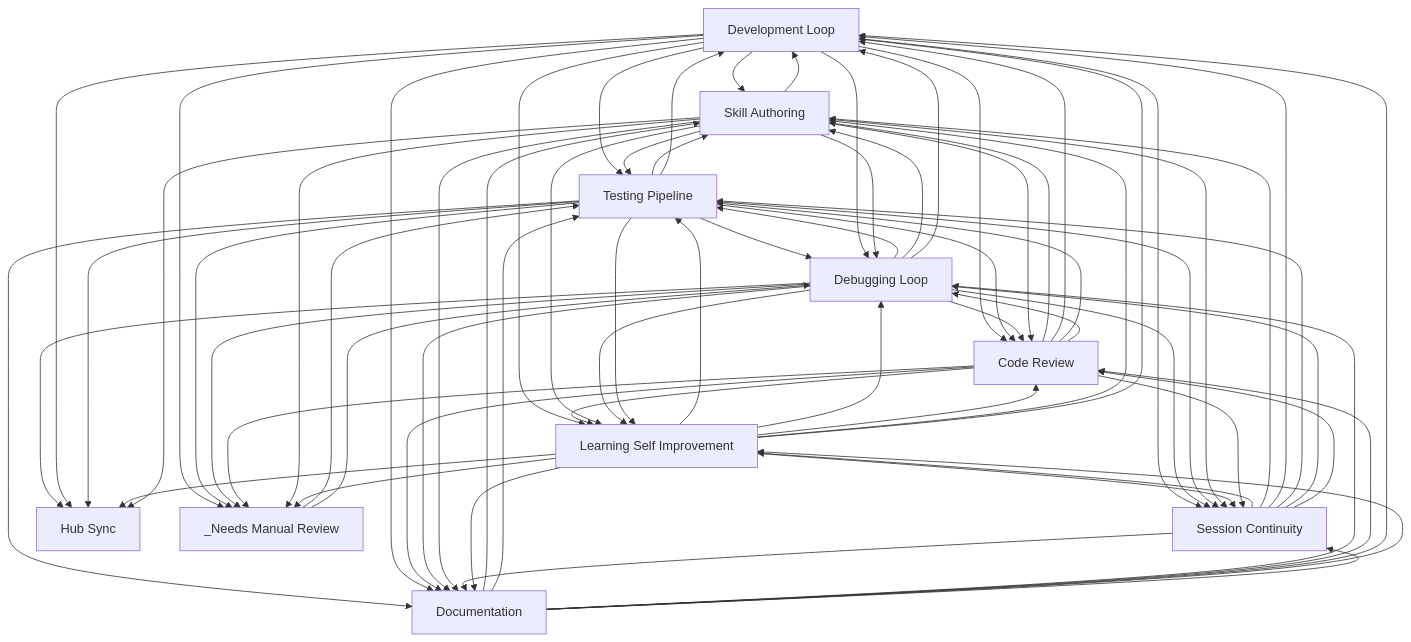
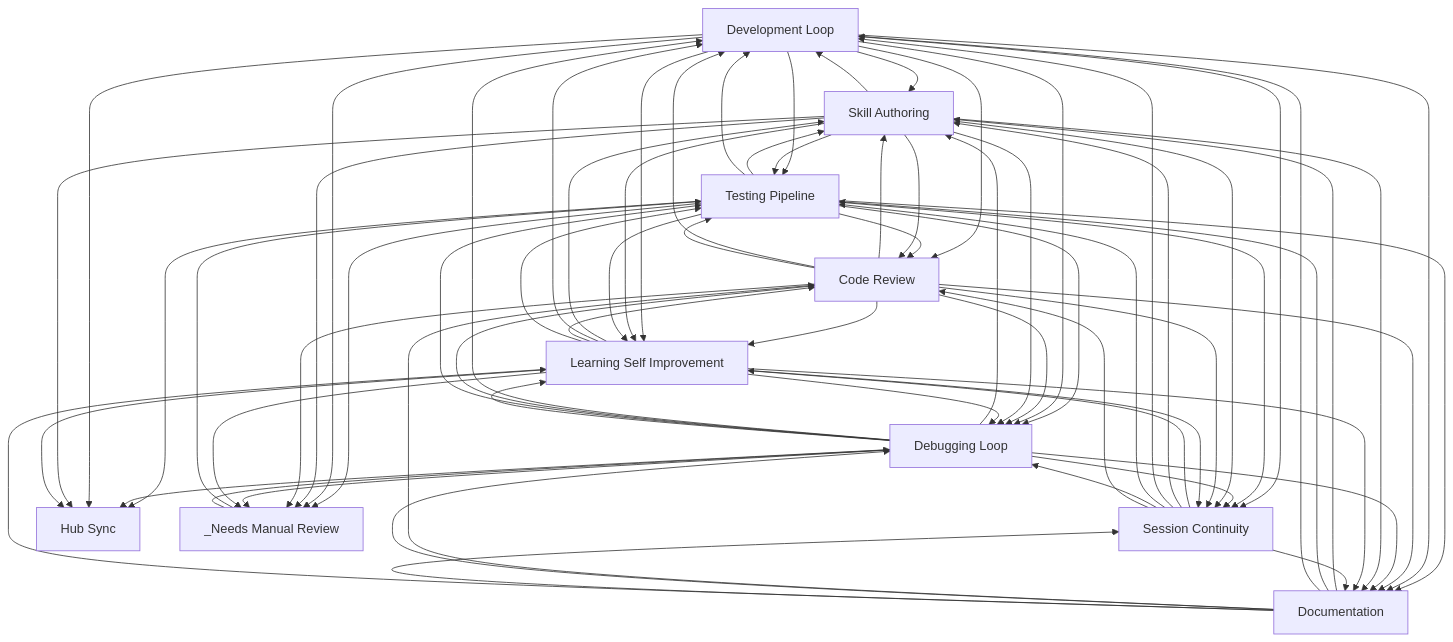
One commit to abhayla/claude-best-practices changed the diagram in docs/workflows/INDEX.md. Above: the diagram before and after it, drawn with Mermaid. The commit also changed other lines of this file and 12 other files, not shown here.

````diff
--- a/docs/workflows/INDEX.md
+++ b/docs/workflows/INDEX.md
@@ -22,82 +22,82 @@
 ```mermaid
 graph TD
     development_loop[Development Loop]
     testing_pipeline[Testing Pipeline]
     debugging_loop[Debugging Loop]
     learning_self_improvement[Learning Self Improvement]
     session_continuity[Session Continuity]
     skill_authoring[Skill Authoring]
     code_review[Code Review]
     documentation[Documentation]
     hub_sync[Hub Sync]
     _needs_manual_review[_Needs Manual Review]
     documentation --> skill_authoring
     documentation --> testing_pipeline
+    code_review --> skill_authoring
+    code_review --> development_loop
     development_loop --> skill_authoring
     development_loop --> code_review
-    code_review --> skill_authoring
-    code_review --> development_loop
+    code_review --> testing_pipeline
+    code_review --> learning_self_improvement
     development_loop --> testing_pipeline
     development_loop --> learning_self_improvement
-    code_review --> testing_pipeline
-    code_review --> learning_self_improvement
     skill_authoring --> testing_pipeline
     testing_pipeline --> skill_authoring
+    testing_pipeline --> development_loop
+    testing_pipeline --> code_review
     testing_pipeline --> debugging_loop
-    testing_pipeline --> code_review
-    testing_pipeline --> development_loop
     testing_pipeline --> documentation
-    debugging_loop --> testing_pipeline
-    debugging_loop --> code_review
     debugging_loop --> skill_authoring
     debugging_loop --> development_loop
+    debugging_loop --> code_review
+    debugging_loop --> testing_pipeline
     development_loop --> debugging_loop
     development_loop --> documentation
+    skill_authoring --> code_review
     skill_authoring --> development_loop
-    skill_authoring --> code_review
     skill_authoring --> learning_self_improvement
+    testing_pipeline --> _needs_manual_review
     development_loop --> _needs_manual_review
-    testing_pipeline --> _needs_manual_review
+    documentation --> development_loop
+    documentation --> code_review
     documentation --> debugging_loop
-    documentation --> code_review
-    documentation --> development_loop
     code_review --> debugging_loop
     code_review --> documentation
     session_continuity --> learning_self_improvement
     development_loop --> session_continuity
     _needs_manual_review --> testing_pipeline
+    testing_pipeline --> learning_self_improvement
+    testing_pipeline --> session_continuity
+    debugging_loop --> learning_self_improvement
     debugging_loop --> session_continuity
-    debugging_loop --> learning_self_improvement
-    testing_pipeline --> session_continuity
-    testing_pipeline --> learning_self_improvement
     debugging_loop --> documentation
     documentation --> learning_self_improvement
     skill_authoring --> session_continuity
     skill_authoring --> debugging_loop
     _needs_manual_review --> debugging_loop
+    learning_self_improvement --> skill_authoring
+    learning_self_improvement --> development_loop
+    learning_self_improvement --> code_review
     learning_self_improvement --> testing_pipeline
     learning_self_improvement --> debugging_loop
-    learning_self_improvement --> code_review
-    learning_self_improvement --> skill_authoring
-    learning_self_improvement --> development_loop
+    skill_authoring --> _needs_manual_review
+    code_review --> _needs_manual_review
     debugging_loop --> _needs_manual_review
-    code_review --> _needs_manual_review
-    skill_authoring --> _needs_manual_review
     skill_authoring --> documentation
+    code_review --> session_continuity
     learning_self_improvement --> session_continuity
-    code_review --> session_continuity
     session_continuity --> skill_authoring
+    learning_self_improvement --> documentation
     session_continuity --> development_loop
     session_continuity --> testing_pipeline
     session_continuity --> debugging_loop
     session_continuity --> code_review
     session_continuity --> documentation
-    learning_self_improvement --> documentation
+    testing_pipeline --> hub_sync
     debugging_loop --> hub_sync
     development_loop --> hub_sync
-    testing_pipeline --> hub_sync
+    skill_authoring --> hub_sync
     learning_self_improvement --> hub_sync
-    skill_authoring --> hub_sync
     learning_self_improvement --> _needs_manual_review
     documentation --> session_continuity
 ```
````
